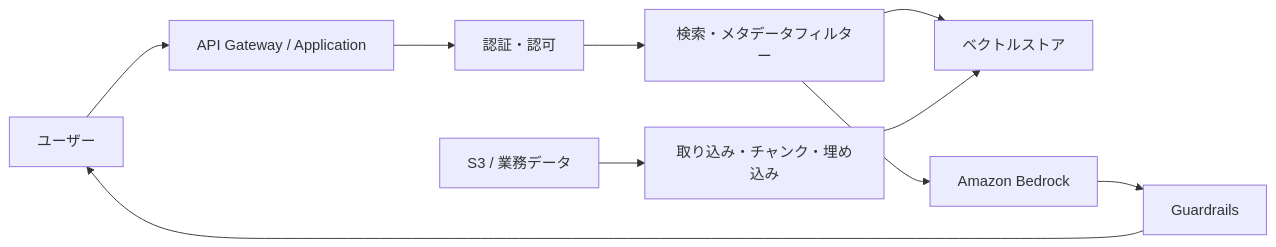
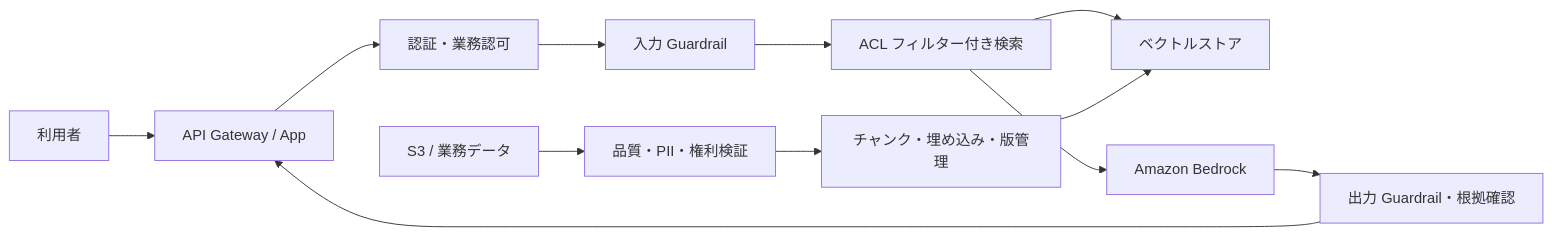
One commit to RyoWakabayashi/aws-aip-study-guide changed the first of 4 diagrams in 14-architecture-diagrams.md. Above: the diagram before and after it, drawn with Mermaid. The commit also changed other lines of this file and 33 other files, not shown here.

````diff
--- a/14-architecture-diagrams.md
+++ b/14-architecture-diagrams.md
@@ -5,12 +7,15 @@
 ```mermaid
 flowchart LR
-  U[ユーザー] --> API[API Gateway / Application]
-  API --> AUTH[認証・認可]
-  AUTH --> RET[検索・メタデータフィルター]
+  U[利用者] --> API[API Gateway / App]
+  API --> AUTH[認証・業務認可]
+  AUTH --> GRIN[入力 Guardrail]
+  GRIN --> RET[ACL フィルター付き検索]
   RET --> VS[ベクトルストア]
   RET --> FM[Amazon Bedrock]
-  FM --> GR[Guardrails]
-  GR --> U
-  DOC[S3 / 業務データ] --> ING[取り込み・チャンク・埋め込み]
+  FM --> GROUT[出力 Guardrail・根拠確認]
+  GROUT --> API
+
+  DOC[S3 / 業務データ] --> VAL[品質・PII・権利検証]
+  VAL --> ING[チャンク・埋め込み・版管理]
   ING --> VS
 ```
````
